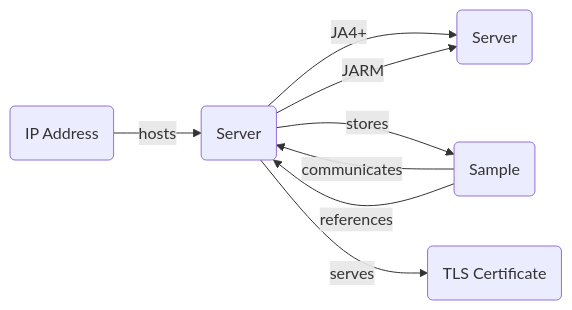
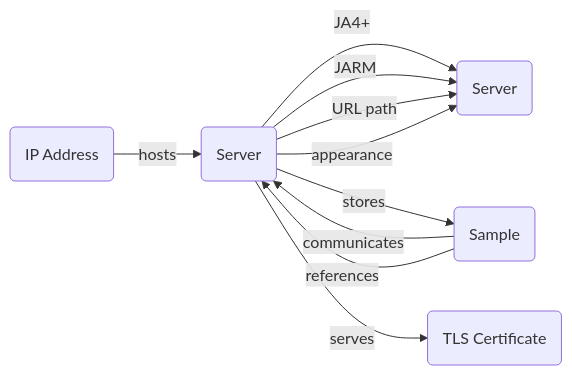
The diagram in docs/artifacts/server.md (korniko98/pivot-atlas), drawn with Mermaid before and after one commit. The commit also changed other lines of this file and 11 other files, not shown here.

````diff
--- a/docs/artifacts/server.md
+++ b/docs/artifacts/server.md
@@ -25,14 +25,16 @@
 	```mermaid
 	flowchart LR
 		A("IP Address") -- hosts --> B("Server")
 		C("Sample") -- communicates --> B
 		C -- references --> B
 		B -- JA4+ --> D("Server")
 		B -- JARM --> D
+		B -- URL path --> D
+		B -- appearance --> D
 		B -- stores --> C
 		B -- serves--> E("TLS Certificate")
 		click A "#ip-addresses"
 		click C "#samples"
 		click D "#server"
 		click E "#tls-certificates"
 	```
````
